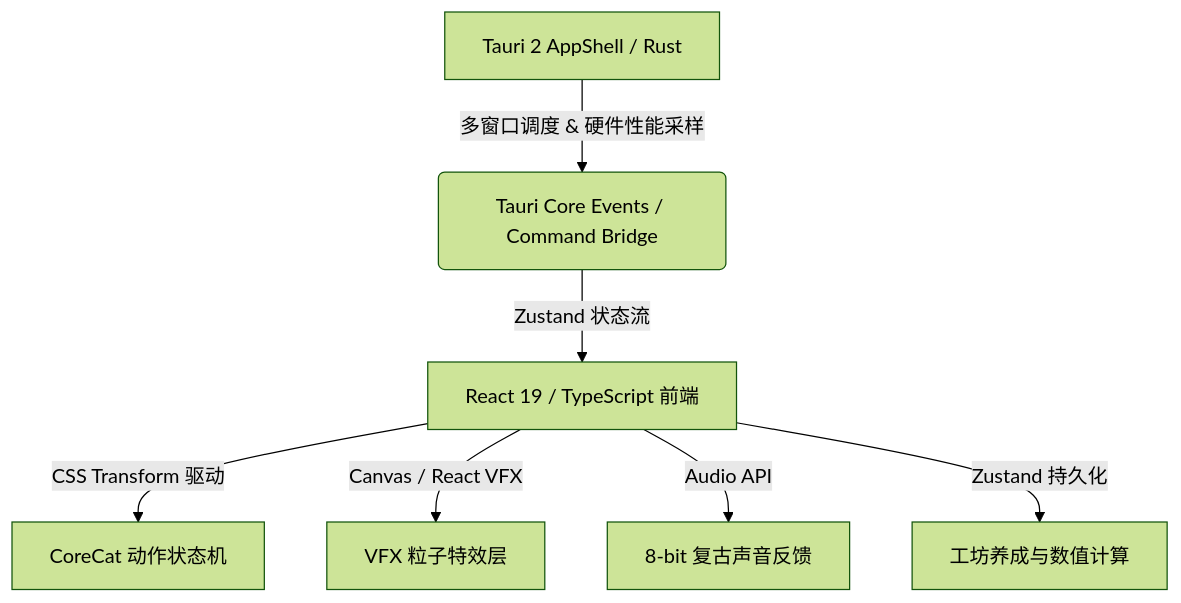
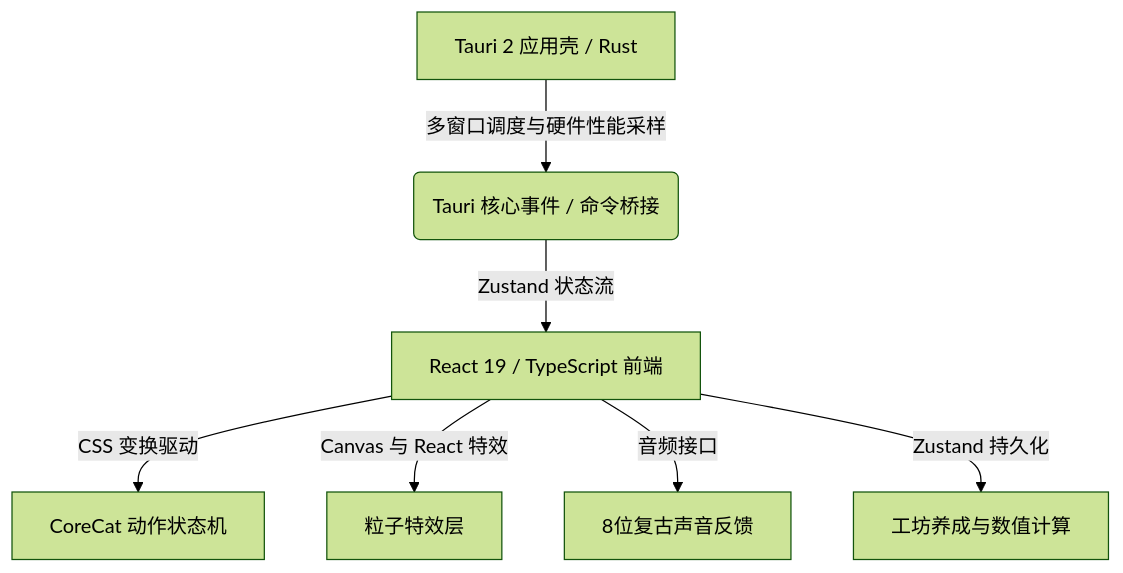
The diagram in README.md (FiveDayZ/CoreWorkPal), drawn with Mermaid (forest theme) before and after one commit. The commit also changed other lines of this file and 1 other file, not shown here.

````diff
--- a/README.md
+++ b/README.md
@@ -60,9 +59,9 @@
 ```mermaid
 graph TD
-    A[Tauri 2 AppShell / Rust] -->|多窗口调度 & 硬件性能采样| B(Tauri Core Events / Command Bridge)
+    A[Tauri 2 应用壳 / Rust] -->|多窗口调度与硬件性能采样| B(Tauri 核心事件 / 命令桥接)
     B -->|Zustand 状态流| C[React 19 / TypeScript 前端]
-    C -->|CSS Transform 驱动| D[CoreCat 动作状态机]
-    C -->|Canvas / React VFX| E[VFX 粒子特效层]
-    C -->|Audio API| F[8-bit 复古声音反馈]
+    C -->|CSS 变换驱动| D[CoreCat 动作状态机]
+    C -->|Canvas 与 React 特效| E[粒子特效层]
+    C -->|音频接口| F[8位复古声音反馈]
     C -->|Zustand 持久化| G[工坊养成与数值计算]
 ```
````
